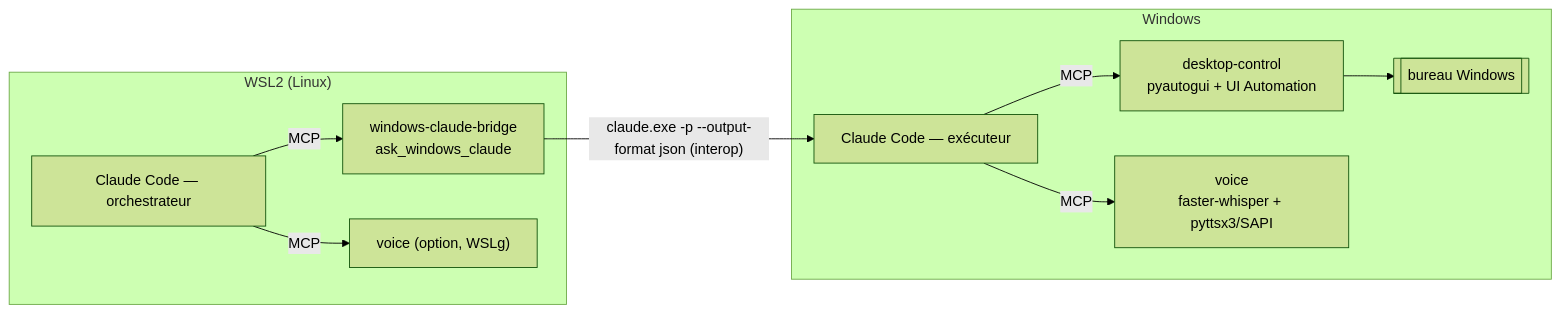
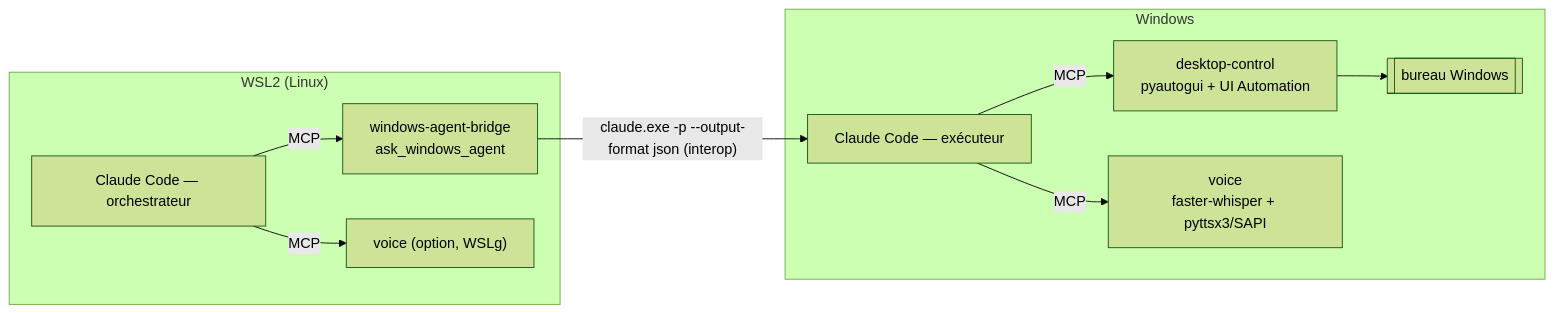
One commit to rcoscali/mcp-desktop-control changed the diagram in ARCHITECTURE.md. Above: the diagram before and after it, drawn with Mermaid (forest theme). The commit also changed other lines of this file and 7 other files, not shown here.

Commit message:
Generalize bridge to multi-agent CLI/API delegation

````diff
--- a/ARCHITECTURE.md
+++ b/ARCHITECTURE.md
@@ -61,19 +61,19 @@
 ```mermaid
 flowchart LR
   subgraph WSL2["WSL2 (Linux)"]
     O["Claude Code — orchestrateur"]
-    B["windows-claude-bridge<br/>ask_windows_claude"]
+    B["windows-agent-bridge<br/>ask_windows_agent"]
     VW["voice (option, WSLg)"]
     O -->|MCP| B
     O -->|MCP| VW
   end
   subgraph WIN["Windows"]
     E["Claude Code — exécuteur"]
     DC["desktop-control<br/>pyautogui + UI Automation"]
     V["voice<br/>faster-whisper + pyttsx3/SAPI"]
     E -->|MCP| DC
     E -->|MCP| V
     DC --> D[["bureau Windows"]]
   end
   B -->|"claude.exe -p --output-format json (interop)"| E
 ```
````
